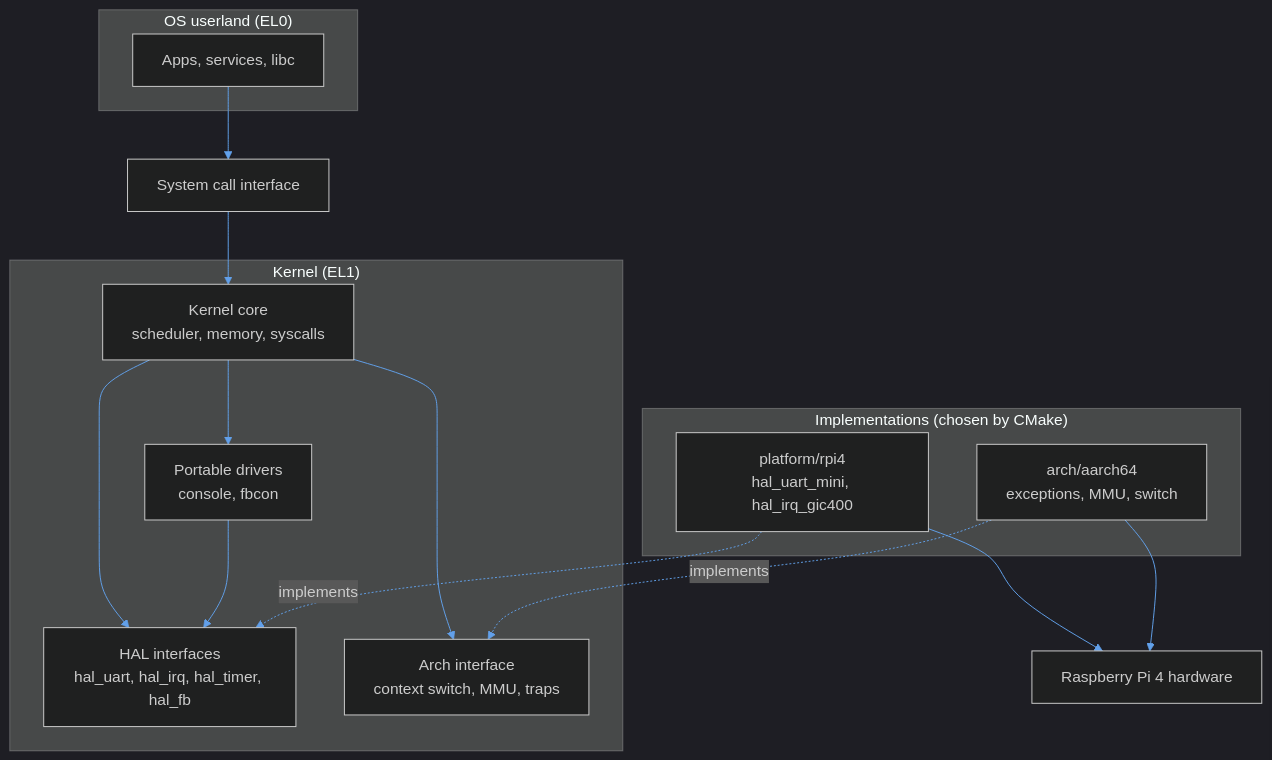
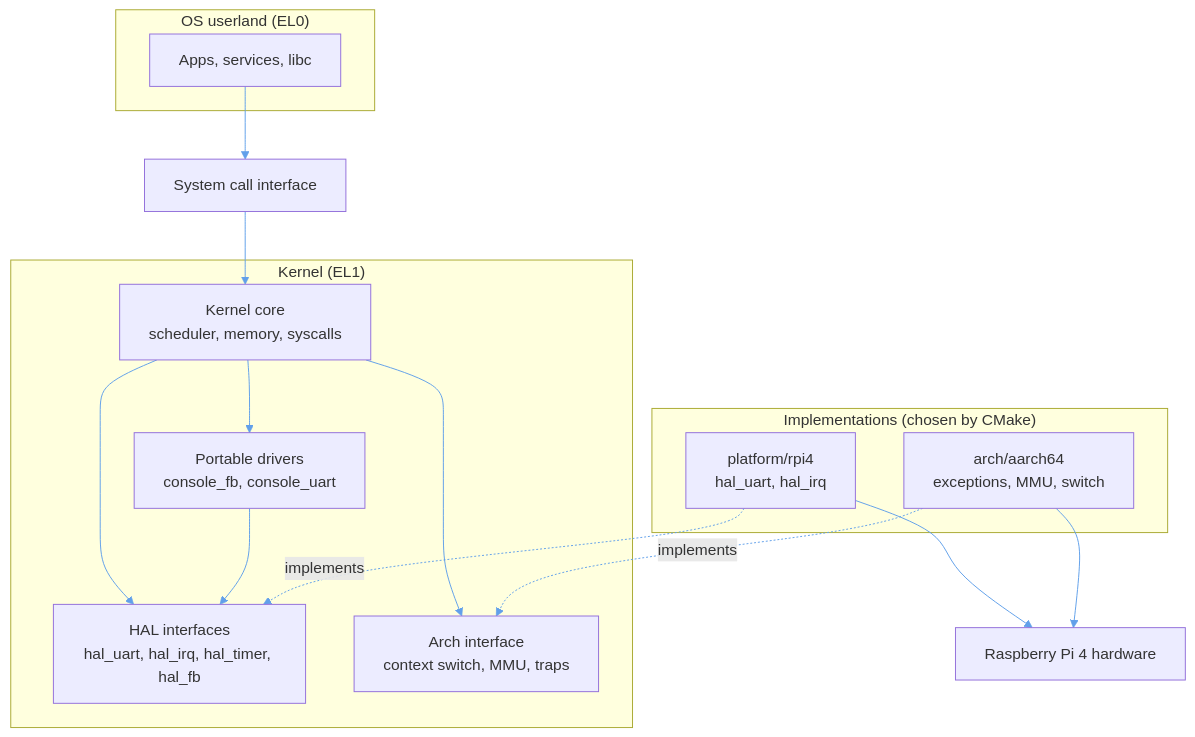
The diagram in README.md (Amerody/AmeOS), drawn with Mermaid before and after one commit. The commit also changed other lines of this file and 8 other files, not shown here.

````diff
--- a/README.md
+++ b/README.md
@@ -64,37 +72,36 @@
 ```mermaid
 %%{
   init: {
-    'theme': 'dark',
     'themeVariables': {
       'lineColor': '#62A0EA',
       'transitionColor': '#62A0EA',
       'arrowheadColor': '#62A0EA'
     }
   }
 }%%
 flowchart TB
   subgraph USER["OS userland (EL0)"]
     apps["Apps, services, libc"]
   end
   SYS["System call interface"]
   subgraph KERNEL["Kernel (EL1)"]
     core["Kernel core<br/>scheduler, memory, syscalls"]
-    drv["Portable drivers<br/>console, fbcon"]
+    drv["Portable drivers<br/>console_fb, console_uart"]
     hal["HAL interfaces<br/>hal_uart, hal_irq, hal_timer, hal_fb"]
     arch["Arch interface<br/>context switch, MMU, traps"]
   end
   subgraph IMPL["Implementations (chosen by CMake)"]
-    plat["platform/rpi4<br/>hal_uart_mini, hal_irq_gic400"]
+    plat["platform/rpi4<br/>hal_uart, hal_irq"]
     archimpl["arch/aarch64<br/>exceptions, MMU, switch"]
   end
   HW["Raspberry Pi 4 hardware"]
   apps --> SYS --> core
   core --> drv
   core --> hal
   drv --> hal
   core --> arch
   plat -. implements .-> hal
   archimpl -. implements .-> arch
   plat --> HW
   archimpl --> HW
 ```
````
